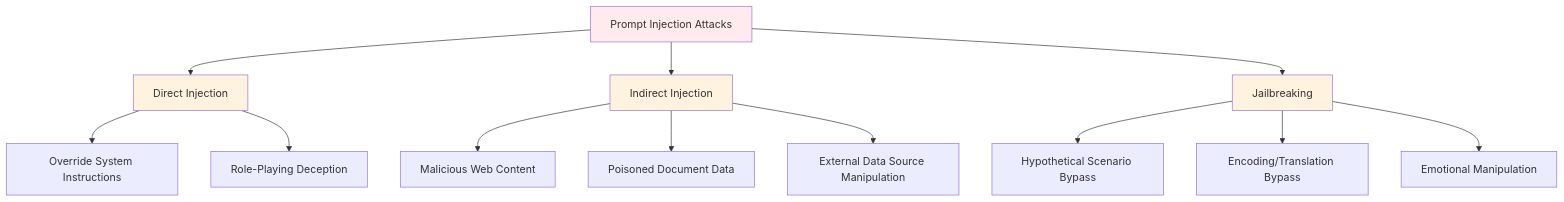
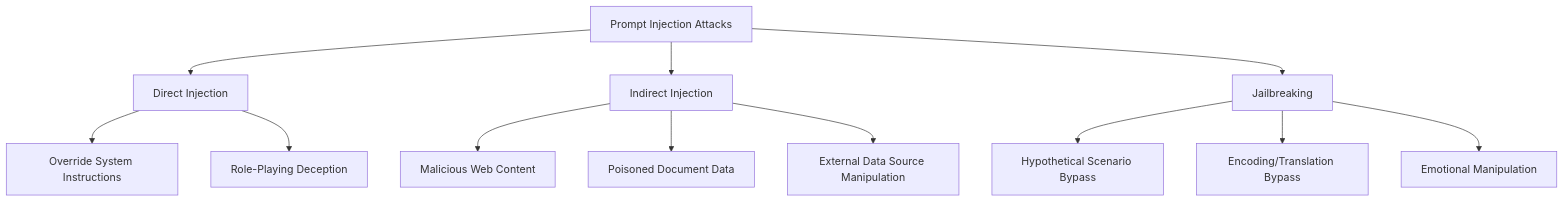
One commit to yuexiaoliang/prompt-engineering-learning changed the first of 5 diagrams in 07-security-en.md. Above: the diagram before and after it, drawn with Mermaid. The commit also changed 9 other files, not shown here.

First line of the commit message:
fix(prompt-engineering): remove hardcoded mermaid fill styles for theme auto-adaptation

````diff
--- a/07-security-en.md
+++ b/07-security-en.md
@@ -26,22 +26,17 @@
 ```mermaid
 graph TD
     A[Prompt Injection Attacks] --> B[Direct Injection]
     A --> C[Indirect Injection]
     A --> D[Jailbreaking]
 
     B --> B1[Override System Instructions]
     B --> B2[Role-Playing Deception]
 
     C --> C1[Malicious Web Content]
     C --> C2[Poisoned Document Data]
     C --> C3[External Data Source Manipulation]
 
     D --> D1[Hypothetical Scenario Bypass]
     D --> D2[Encoding/Translation Bypass]
     D --> D3[Emotional Manipulation]
-
-    style A fill:#ffebee
-    style B fill:#fff3e0
-    style C fill:#fff3e0
-    style D fill:#fff3e0
 ```
````
